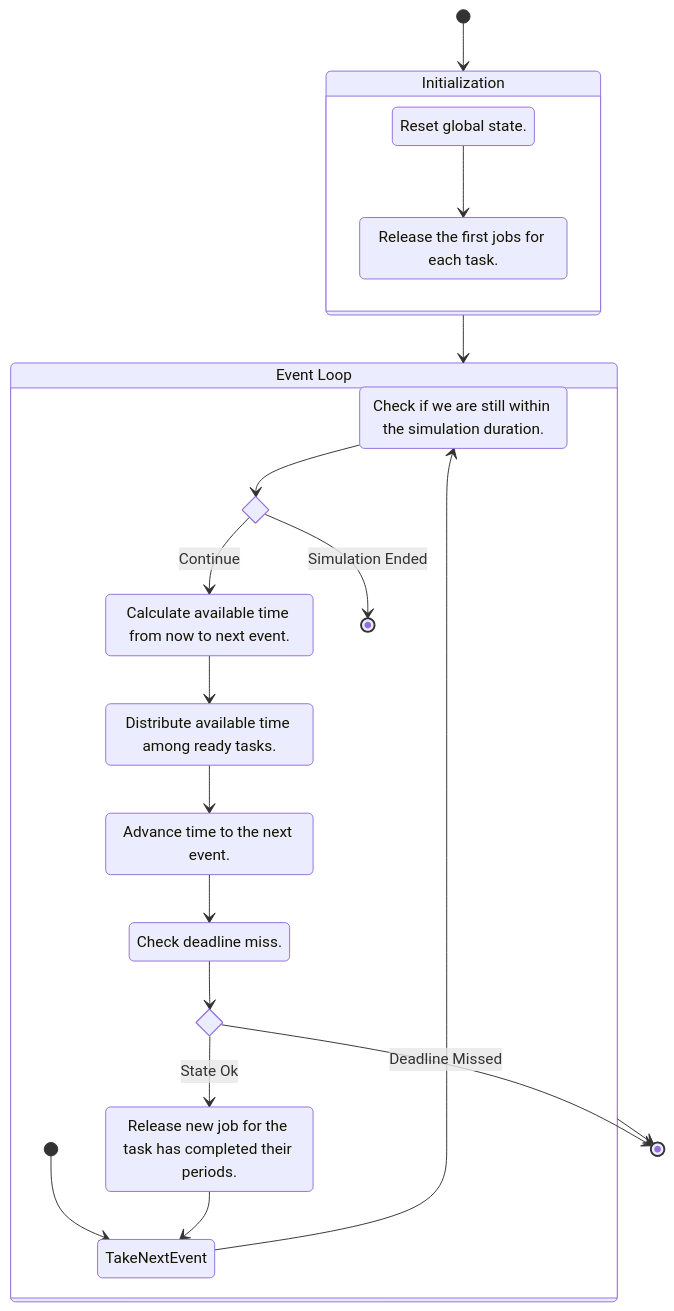
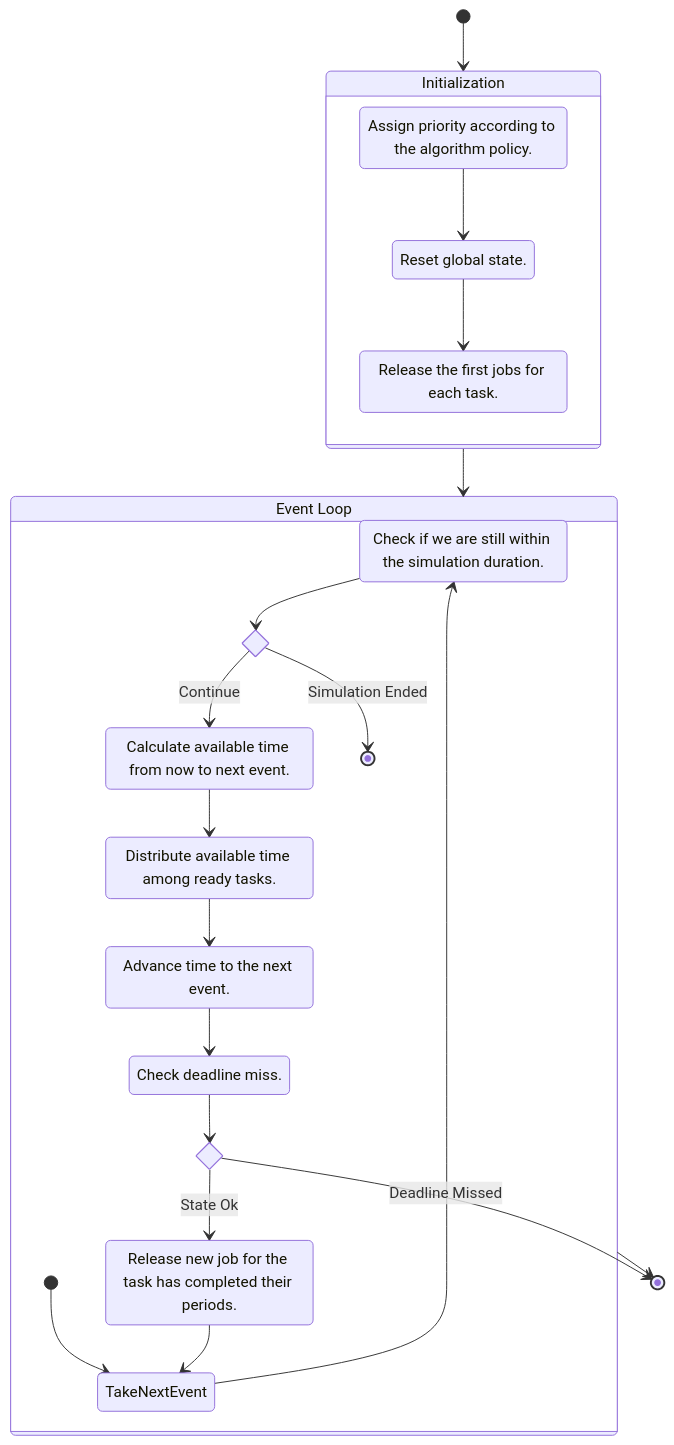
The diagram in report/images/1-simulator/activity_diagram.mmd (edoardosarri24/probabilistic-soft-real-time-analysis), drawn with Mermaid before and after one commit. The commit also changed 11 other files, not shown here.

```diff
--- a/report/images/1-simulator/activity_diagram.mmd
+++ b/report/images/1-simulator/activity_diagram.mmd
@@ -1,36 +1,38 @@
 stateDiagram-v2
     [*] --> Initialization
 
     state Initialization {
+        AssingPiority: Assign priority according to the algorithm policy.
         ResetSystem: Reset global state.
         ReleaseFirstJobs: Release the first jobs for each task.
+        AssingPiority --> ResetSystem
         ResetSystem --> ReleaseFirstJobs
     }
 
     state "Event Loop" as EventLoop {
 
         CheckNextEventTime : Check if we are still within the simulation duration.
         state NextEventTimeCheck <<choice>>
         AvailableTime: Calculate available time from now to next event.
         DistributeTime: Distribute available time among ready tasks.
         AdvaceTime : Advance time to the next event.
         CheckDeadline : Check deadline miss.
         state DeadlineCheck <<choice>>
         ReleaseJob : Release new job for the task has completed their periods.
 
         [*] --> TakeNextEvent
         TakeNextEvent --> CheckNextEventTime
         CheckNextEventTime --> NextEventTimeCheck
         NextEventTimeCheck --> [*] : Simulation Ended
         NextEventTimeCheck --> AvailableTime : Continue
         AvailableTime --> DistributeTime
         DistributeTime --> AdvaceTime
         AdvaceTime --> CheckDeadline
         CheckDeadline --> DeadlineCheck
         DeadlineCheck --> ReleaseJob : State Ok
         ReleaseJob --> TakeNextEvent
     }
 
     Initialization --> EventLoop
     DeadlineCheck --> [*] : Deadline Missed
     EventLoop --> [*]
```
